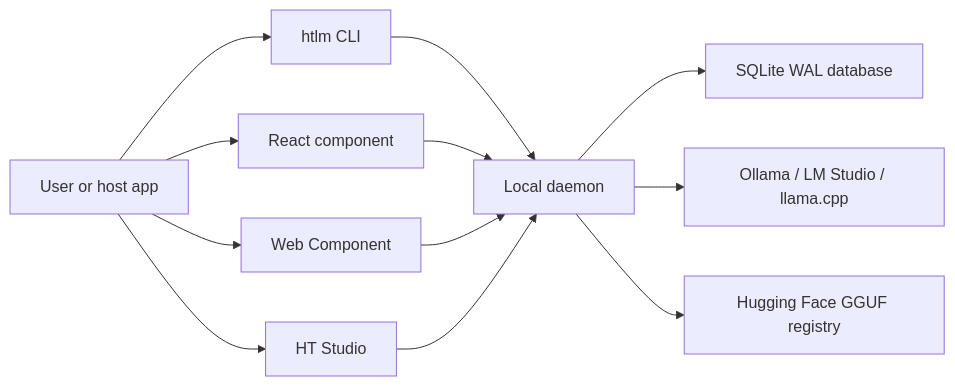
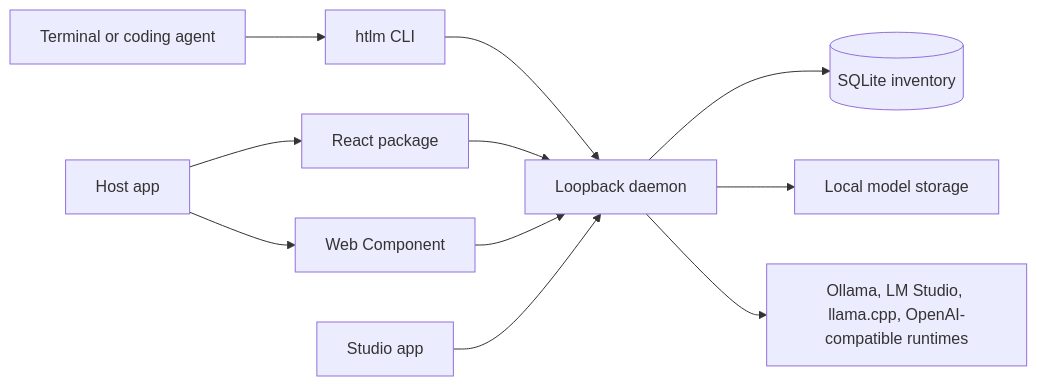
One commit to HassTech-LLC/ht-llm-marketplace changed the diagram in docs/index.md. Above: the diagram before and after it, drawn with Mermaid. The commit also changed other lines of this file and 8 other files, not shown here.

````diff
--- a/docs/index.md
+++ b/docs/index.md
@@ -42,14 +43,13 @@
 ```mermaid
 flowchart LR
-  user["User or host app"] --> cli["htlm CLI"]
-  user --> react["React component"]
-  user --> wc["Web Component"]
-  user --> studio["HT Studio"]
-  cli --> daemon["Local daemon"]
-  react --> daemon
-  wc --> daemon
-  studio --> daemon
-  daemon --> inventory["SQLite WAL database"]
-  daemon --> runtimes["Ollama / LM Studio / llama.cpp"]
-  daemon --> hf["Hugging Face GGUF registry"]
+  App[Host app] --> React[React package]
+  App --> WebComponent[Web Component]
+  Agent[Terminal or coding agent] --> CLI[htlm CLI]
+  CLI --> Daemon[Loopback daemon]
+  React --> Daemon
+  WebComponent --> Daemon
+  Studio[Studio app] --> Daemon
+  Daemon --> Inventory[(SQLite inventory)]
+  Daemon --> Models[Local model storage]
+  Daemon --> Runtimes[Ollama, LM Studio, llama.cpp, OpenAI-compatible runtimes]
 ```
````
